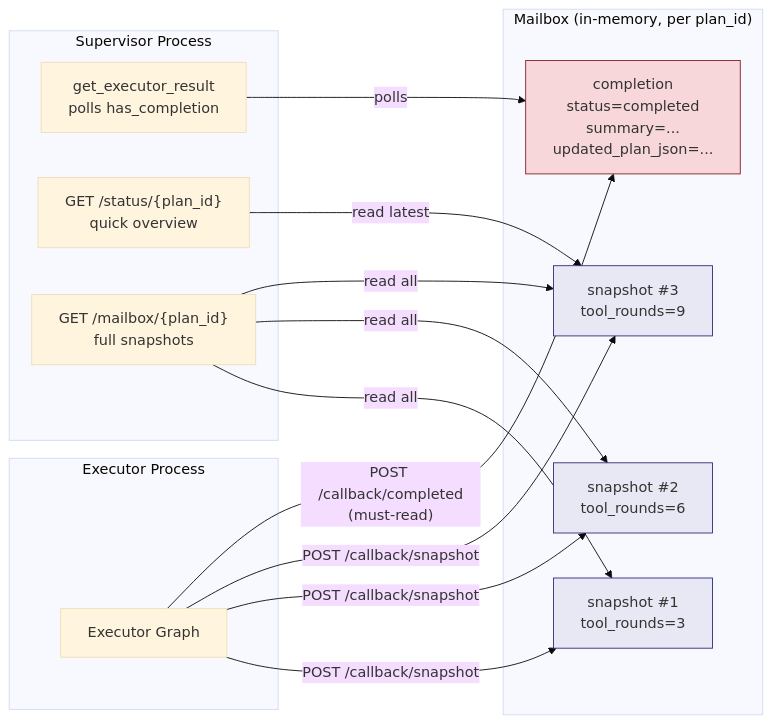
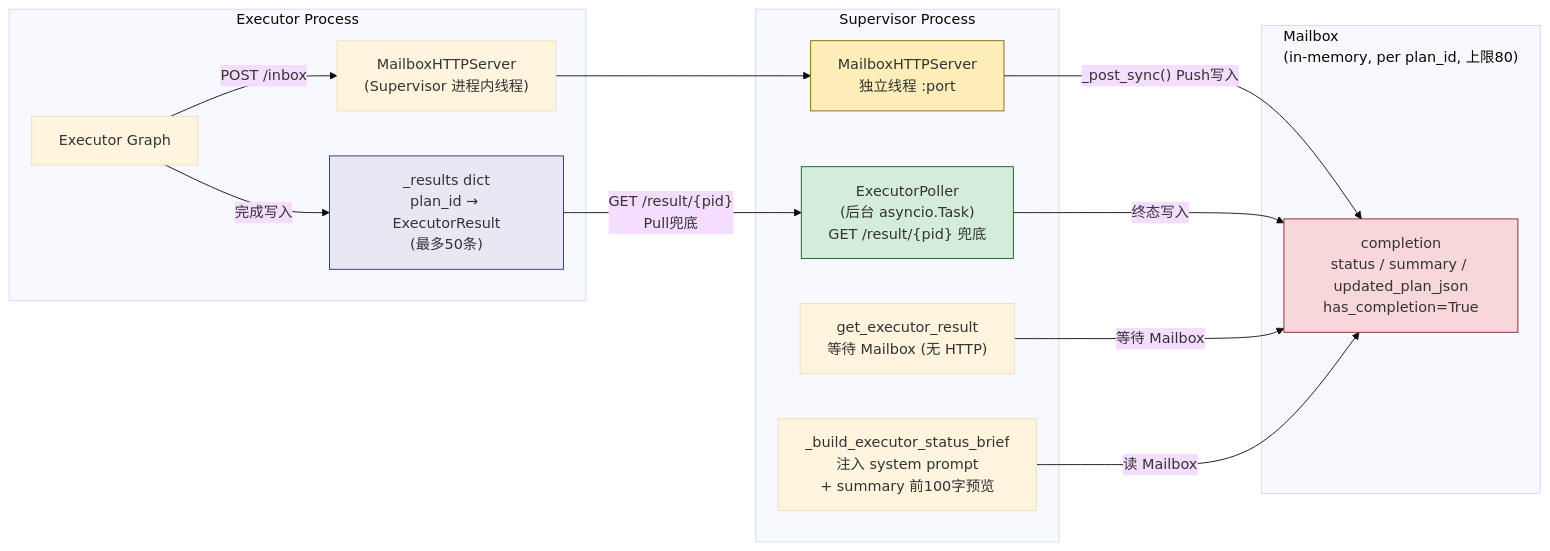
Before and after one commit to Tlaven/agent-triad: the fifth of 8 diagrams in docs/v3-architecture-diagrams.md, drawn with Mermaid (base theme). The commit also changed other lines of this file and 58 other files, not shown here.

````diff
--- a/docs/v3-architecture-diagrams.md
+++ b/docs/v3-architecture-diagrams.md
@@ -167,35 +237,30 @@
 ```mermaid
 flowchart LR
-    subgraph Executor Process
-        EG[Executor Graph]
+    subgraph ExecProc["Executor Process"]
+        EG[Executor Graph] -->|完成写入| RS["_results dict<br/>plan_id → ExecutorResult<br/>(最多50条)"]
+        EG -->|"POST /inbox"| MBS_ext["MailboxHTTPServer<br/>(Supervisor 进程内线程)"]
     end
 
-    subgraph Mailbox["Mailbox (in-memory, per plan_id)"]
-        S1[snapshot #1<br/>tool_rounds=3]
-        S2[snapshot #2<br/>tool_rounds=6]
-        S3[snapshot #3<br/>tool_rounds=9]
-        C["completion<br/>status=completed<br/>summary=...<br/>updated_plan_json=..."]
+    subgraph MailboxStore["Mailbox<br/>(in-memory, per plan_id, 上限80)"]
+        C["completion<br/>status / summary / updated_plan_json<br/>has_completion=True"]
     end
 
-    subgraph Supervisor Process
-        WFE[get_executor_result<br/>polls has_completion]
-        GES["GET /status/{plan_id}<br/>quick overview"]
-        GMS["GET /mailbox/{plan_id}<br/>full snapshots"]
+    subgraph SupervisorProc["Supervisor Process"]
+        EP_box["ExecutorPoller<br/>(后台 asyncio.Task)<br/>GET /result/{pid} 兜底"]
+        GER["get_executor_result<br/>等待 Mailbox (无 HTTP)"]
+        BES["_build_executor_status_brief<br/>注入 system prompt<br/>+ summary 前100字预览"]
+        MBS_box["MailboxHTTPServer<br/>独立线程 :port"]
     end
 
-    EG -->|"POST /callback/snapshot"| S1
-    EG -->|"POST /callback/snapshot"| S2
-    EG -->|"POST /callback/snapshot"| S3
-    EG -->|"POST /callback/completed<br/>(must-read)"| C
-
-    WFE -->|polls| C
-    GES -->|read latest| S3
-    GMS -->|read all| S1
-    GMS -->|read all| S2
-    GMS -->|read all| S3
+    MBS_ext --> MBS_box
+    MBS_box -->|"_post_sync() Push写入"| C
+    RS -->|"GET /result/{pid}<br/>Pull兜底"| EP_box
+    EP_box -->|终态写入| C
+    GER -->|等待 Mailbox| C
+    BES -->|读 Mailbox| C
 
     style C fill:#f8d7da,stroke:#842029
-    style S1 fill:#e8e8f4,stroke:#2d2d7d
-    style S2 fill:#e8e8f4,stroke:#2d2d7d
-    style S3 fill:#e8e8f4,stroke:#2d2d7d
+    style RS fill:#e8e8f4,stroke:#2d2d7d
+    style EP_box fill:#d4edda,stroke:#155724
+    style MBS_box fill:#ffeeba,stroke:#856404
 ```
````
